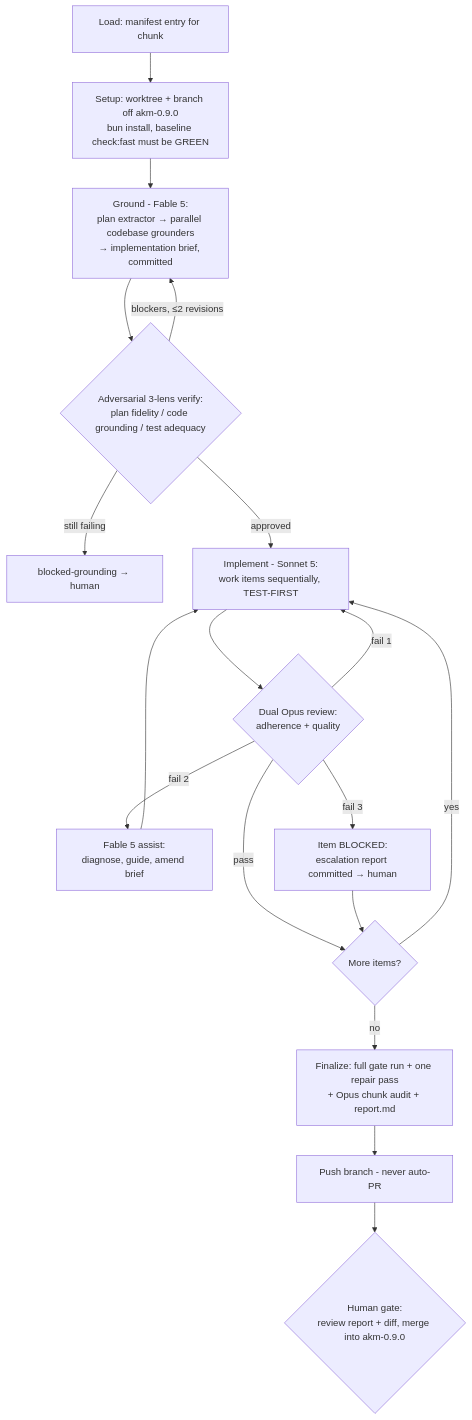
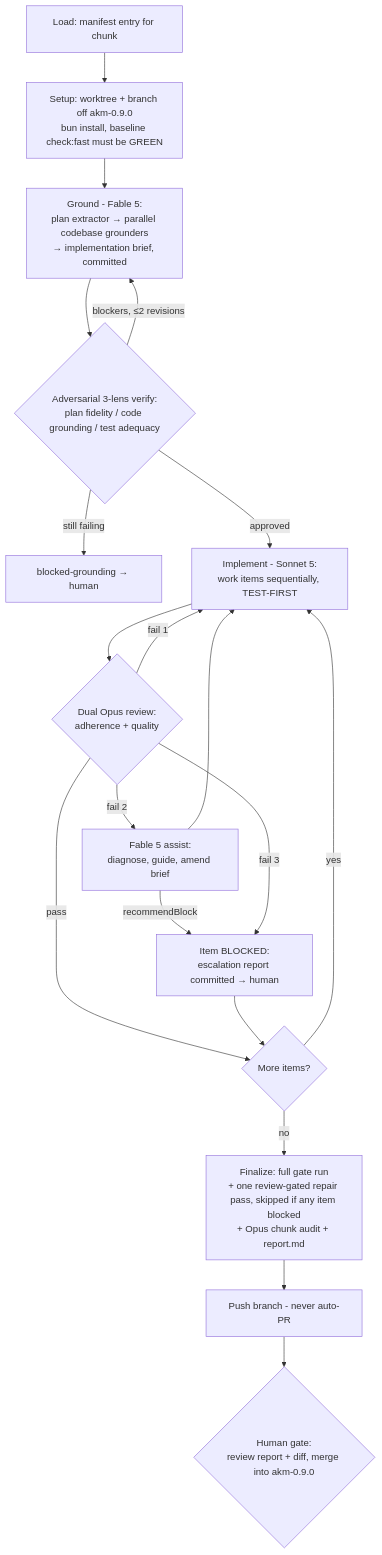
One commit to itlackey/akm changed the diagram in docs/design/akm-0.9.0-execution-workflow.md. Above: the diagram before and after it, drawn with Mermaid. The commit also changed other lines of this file and 3 other files, not shown here.

````diff
--- a/docs/design/akm-0.9.0-execution-workflow.md
+++ b/docs/design/akm-0.9.0-execution-workflow.md
@@ -30,19 +31,21 @@
 ```mermaid
 flowchart TD
     A[Load: manifest entry for chunk] --> B[Setup: worktree + branch off akm-0.9.0<br/>bun install, baseline check:fast must be GREEN]
     B --> C[Ground - Fable 5:<br/>plan extractor → parallel codebase grounders<br/>→ implementation brief, committed]
     C --> D{Adversarial 3-lens verify:<br/>plan fidelity / code grounding / test adequacy}
     D -- blockers, ≤2 revisions --> C
     D -- still failing --> H1[blocked-grounding → human]
     D -- approved --> E[Implement - Sonnet 5:<br/>work items sequentially, TEST-FIRST]
     E --> F{Dual Opus review:<br/>adherence + quality}
     F -- pass --> G{More items?}
     F -- fail 1 --> E
-    F -- fail 2 --> X[Fable 5 assist:<br/>diagnose, guide, amend brief] --> E
+    F -- fail 2 --> X[Fable 5 assist:<br/>diagnose, guide, amend brief]
+    X --> E
+    X -- recommendBlock --> H2
     F -- fail 3 --> H2[Item BLOCKED:<br/>escalation report committed → human]
     H2 --> G
     G -- yes --> E
-    G -- no --> I[Finalize: full gate run + one repair pass<br/>+ Opus chunk audit + report.md]
+    G -- no --> I[Finalize: full gate run<br/>+ one review-gated repair pass, skipped if any item blocked<br/>+ Opus chunk audit + report.md]
     I --> J[Push branch - never auto-PR]
     J --> K{Human gate:<br/>review report + diff, merge into akm-0.9.0}
 ```
````
